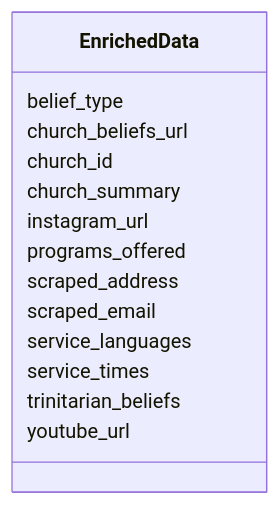
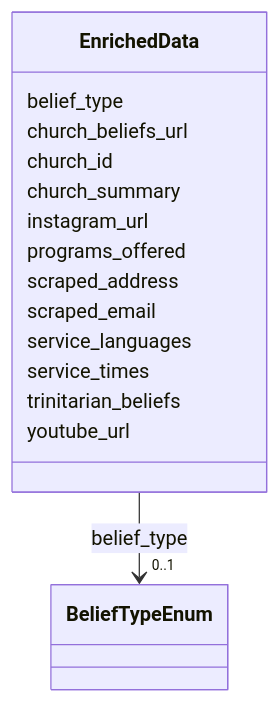
One commit to trentsikute/globalchurch-schema changed the diagram in docs/EnrichedData.md. Above: the diagram before and after it, drawn with Mermaid. The commit also changed other lines of this file and 66 other files, not shown here.

````diff
--- a/docs/EnrichedData.md
+++ b/docs/EnrichedData.md
@@ -18,30 +18,39 @@
 ```mermaid
  classDiagram
     class EnrichedData
     click EnrichedData href "../EnrichedData/"
       EnrichedData : belief_type
+        
+          
+    
+        
+        
+        EnrichedData --> "0..1" BeliefTypeEnum : belief_type
+        click BeliefTypeEnum href "../BeliefTypeEnum/"
+    
+
         
       EnrichedData : church_beliefs_url
         
       EnrichedData : church_id
         
       EnrichedData : church_summary
         
       EnrichedData : instagram_url
         
       EnrichedData : programs_offered
         
       EnrichedData : scraped_address
         
       EnrichedData : scraped_email
         
       EnrichedData : service_languages
         
       EnrichedData : service_times
         
       EnrichedData : trinitarian_beliefs
         
       EnrichedData : youtube_url
         
       
 ```
````
